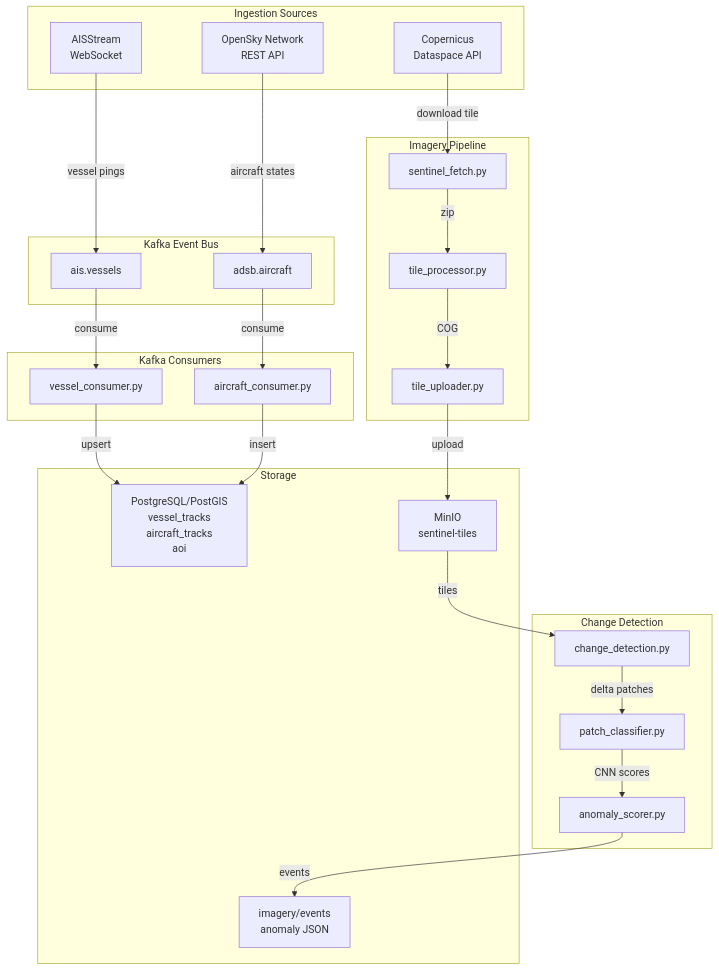
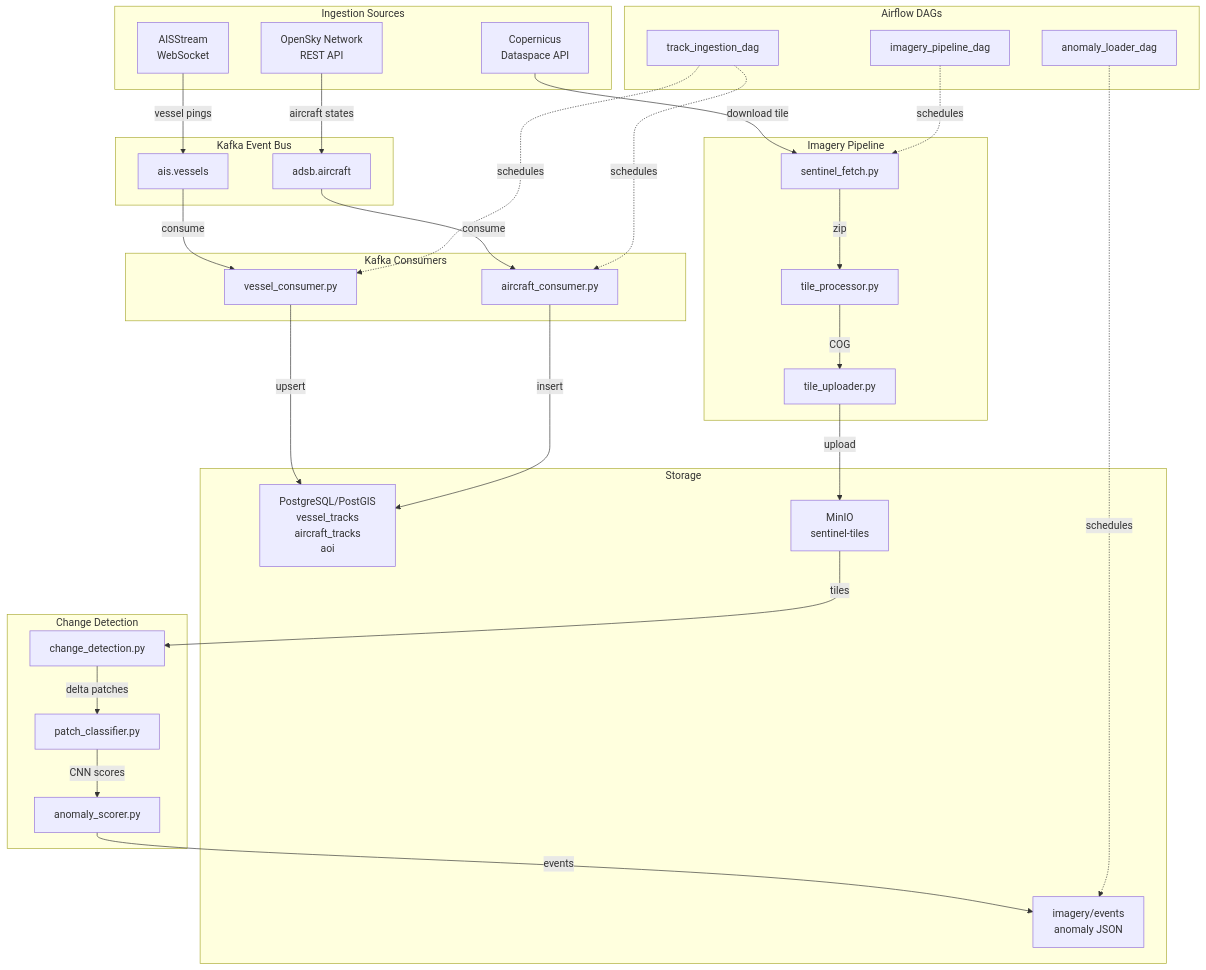
Before and after one commit to cristi4nhdz/geospatial-activity-pipeline: the diagram in README.md, drawn with Mermaid. The commit also changed other lines of this file, not shown here.

Commit message:
docs: update README, Airflow orchestration, updated architecture diagram, DAGs

````diff
--- a/README.md
+++ b/README.md
@@ -29,51 +29,61 @@
 ```mermaid
 flowchart TD
     subgraph Sources["Ingestion Sources"]
         AIS["AISStream\nWebSocket"]
         OpenSky["OpenSky Network\nREST API"]
         Copernicus["Copernicus\nDataspace API"]
     end
 
     subgraph Kafka["Kafka Event Bus"]
         K1["ais.vessels"]
         K2["adsb.aircraft"]
     end
 
     subgraph Consumers["Kafka Consumers"]
         C1["vessel_consumer.py"]
         C2["aircraft_consumer.py"]
     end
 
     subgraph Imagery["Imagery Pipeline"]
         F["sentinel_fetch.py"]
         P["tile_processor.py"]
         U["tile_uploader.py"]
     end
 
     subgraph Detection["Change Detection"]
         CD["change_detection.py"]
         PC["patch_classifier.py"]
         AS["anomaly_scorer.py"]
     end
 
+    subgraph Orchestration["Airflow DAGs"]
+        D1["track_ingestion_dag"]
+        D2["imagery_pipeline_dag"]
+        D3["anomaly_loader_dag"]
+    end
+
     subgraph Storage["Storage"]
         PG["PostgreSQL/PostGIS\nvessel_tracks\naircraft_tracks\naoi"]
         MN["MinIO\nsentinel-tiles"]
         EV["imagery/events\nanomaly JSON"]
     end
 
     AIS -->|vessel pings| K1
     OpenSky -->|aircraft states| K2
     K1 -->|consume| C1
     K2 -->|consume| C2
     C1 -->|upsert| PG
     C2 -->|insert| PG
     Copernicus -->|download tile| F
     F -->|zip| P
     P -->|COG| U
     U -->|upload| MN
     MN -->|tiles| CD
     CD -->|delta patches| PC
     PC -->|CNN scores| AS
     AS -->|events| EV
+    D1 -.->|schedules| C1
+    D1 -.->|schedules| C2
+    D2 -.->|schedules| F
+    D3 -.->|schedules| EV
 ```
````
